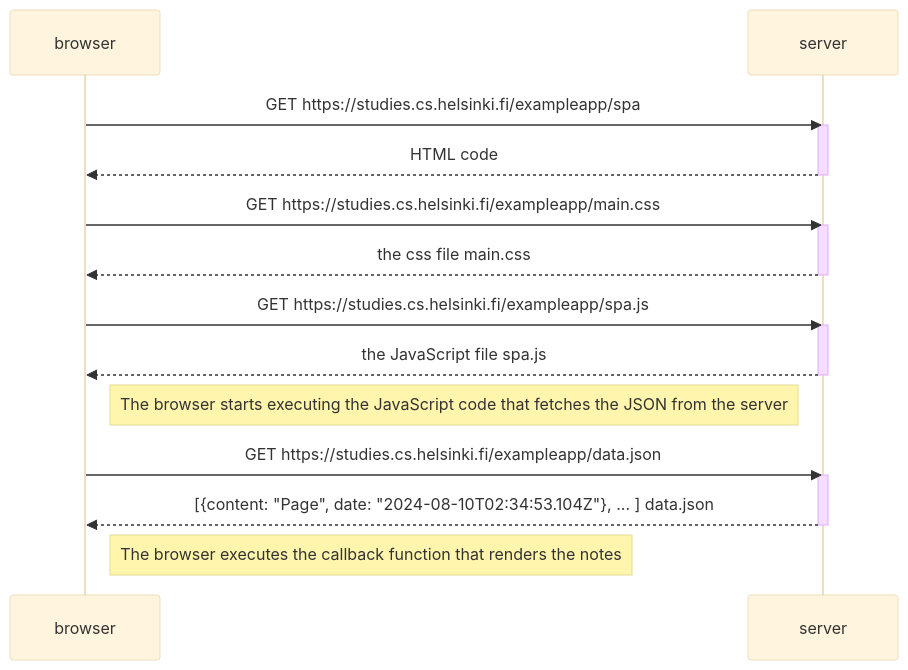
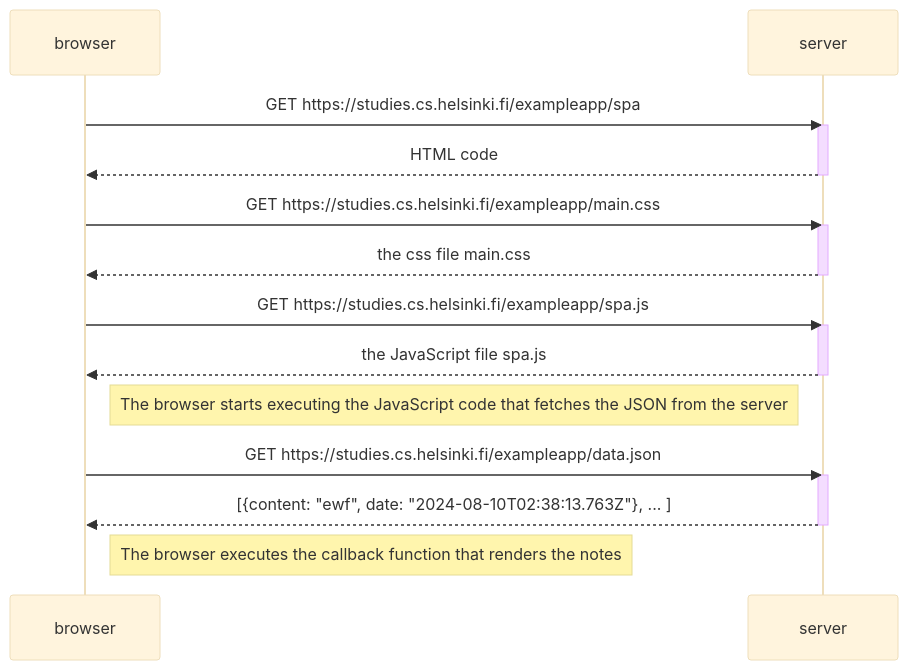
The diagram in part0/part0.5.md (WilczynskiMikolaj/fullstackopen), drawn with Mermaid (base theme) before and after one commit.

Commit message:
Part 0.5 fix

````diff
--- a/part0/part0.5.md
+++ b/part0/part0.5.md
@@ -1,29 +1,29 @@
 ```mermaid
 sequenceDiagram
     participant browser
     participant server
 
     browser->>server: GET https://studies.cs.helsinki.fi/exampleapp/spa
     activate server
     server-->>browser: HTML code
     deactivate server
 
     browser->>server: GET https://studies.cs.helsinki.fi/exampleapp/main.css
     activate server
     server-->>browser: the css file main.css
     deactivate server
 
     browser->>server: GET https://studies.cs.helsinki.fi/exampleapp/spa.js
     activate server
     server-->>browser: the JavaScript file spa.js
     deactivate server
 
     Note right of browser: The browser starts executing the JavaScript code that fetches the JSON from the server
 
     browser->>server: GET https://studies.cs.helsinki.fi/exampleapp/data.json
     activate server
-    server-->>browser: [{content: "Page", date: "2024-08-10T02:34:53.104Z"}, ... ] data.json
+    server-->>browser: [{content: "ewf", date: "2024-08-10T02:38:13.763Z"}, ... ]
     deactivate server
 
     Note right of browser: The browser executes the callback function that renders the notes
 ```
````
